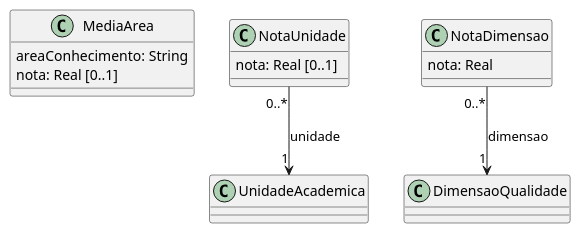
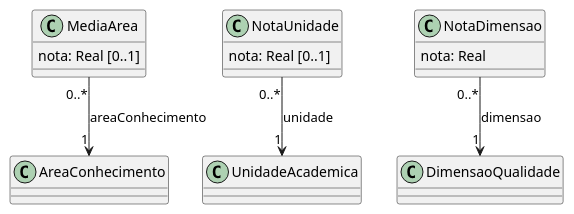
Before and after one commit to joseduardogon/Minha_UFG_Grupo_Cinza: the diagram in AvalConsultar/DD-AvalConsultar-01.md, drawn with PlantUML. The commit also changed other lines of this file and 38 other files, not shown here.

````diff
--- a/AvalConsultar/DD-AvalConsultar-01.md
+++ b/AvalConsultar/DD-AvalConsultar-01.md
@@ -60,14 +57,14 @@
 ```plantuml
 class MediaArea {
-  areaConhecimento: String
   nota: Real [0..1]
 }
 class NotaUnidade {
   nota: Real [0..1]
 }
 class NotaDimensao {
   nota: Real
 }
+MediaArea "0..*" --> "1" AreaConhecimento : areaConhecimento
 NotaUnidade "0..*" --> "1" UnidadeAcademica : unidade
 NotaDimensao "0..*" --> "1" DimensaoQualidade : dimensao
 ```
````
